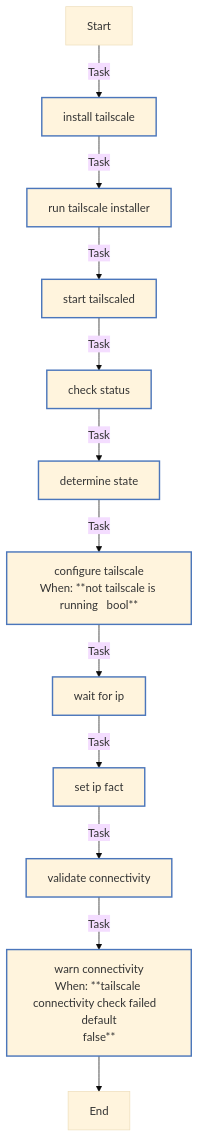
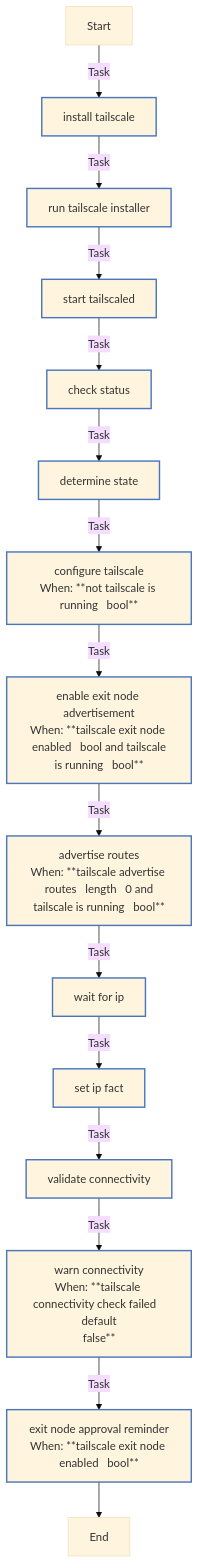
Before and after one commit to rou-cru/k3s-homelab: the diagram in roles/tailscale/README.md, drawn with Mermaid (base theme). The commit also changed other lines of this file and 116 other files, not shown here.

````diff
--- a/roles/tailscale/README.md
+++ b/roles/tailscale/README.md
@@ -155,24 +168,27 @@
 ```mermaid
 flowchart TD
 Start
 classDef block stroke:#3498db,stroke-width:2px;
 classDef task stroke:#4b76bb,stroke-width:2px;
 classDef includeTasks stroke:#16a085,stroke-width:2px;
 classDef importTasks stroke:#34495e,stroke-width:2px;
 classDef includeRole stroke:#2980b9,stroke-width:2px;
 classDef importRole stroke:#699ba7,stroke-width:2px;
 classDef includeVars stroke:#8e44ad,stroke-width:2px;
 classDef rescue stroke:#665352,stroke-width:2px;
 
   Start-->|Task| Install_Tailscale0[install tailscale]:::task
   Install_Tailscale0-->|Task| Run_Tailscale_installer1[run tailscale installer]:::task
   Run_Tailscale_installer1-->|Task| Start_tailscaled2[start tailscaled]:::task
   Start_tailscaled2-->|Task| Check_status3[check status]:::task
   Check_status3-->|Task| Determine_state4[determine state]:::task
   Determine_state4-->|Task| Configure_Tailscale5[configure tailscale<br>When: **not tailscale is running   bool**]:::task
-  Configure_Tailscale5-->|Task| Wait_for_IP6[wait for ip]:::task
-  Wait_for_IP6-->|Task| Set_IP_fact7[set ip fact]:::task
-  Set_IP_fact7-->|Task| Validate_connectivity8[validate connectivity]:::task
-  Validate_connectivity8-->|Task| Warn_connectivity9[warn connectivity<br>When: **tailscale connectivity check failed   default<br>false**]:::task
-  Warn_connectivity9-->End
+  Configure_Tailscale5-->|Task| Enable_exit_node_advertisement6[enable exit node advertisement<br>When: **tailscale exit node enabled   bool and tailscale<br>is running   bool**]:::task
+  Enable_exit_node_advertisement6-->|Task| Advertise_routes7[advertise routes<br>When: **tailscale advertise routes   length   0 and<br>tailscale is running   bool**]:::task
+  Advertise_routes7-->|Task| Wait_for_IP8[wait for ip]:::task
+  Wait_for_IP8-->|Task| Set_IP_fact9[set ip fact]:::task
+  Set_IP_fact9-->|Task| Validate_connectivity10[validate connectivity]:::task
+  Validate_connectivity10-->|Task| Warn_connectivity11[warn connectivity<br>When: **tailscale connectivity check failed   default<br>false**]:::task
+  Warn_connectivity11-->|Task| Exit_node_approval_reminder12[exit node approval reminder<br>When: **tailscale exit node enabled   bool**]:::task
+  Exit_node_approval_reminder12-->End
 ```
````
